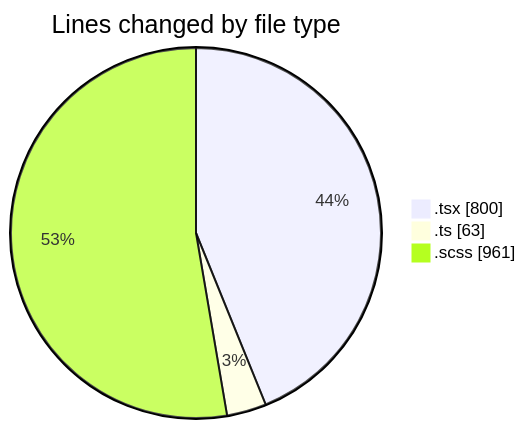
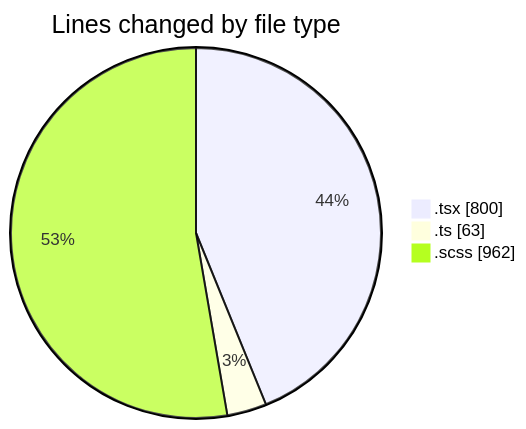
One commit to momahboobian/code-tracking changed the first of 2 diagrams in 2025-04-02/cda/README.md. Above: the diagram before and after it, drawn with Mermaid. The commit also changed other lines of this file and 1 other file, not shown here.

````diff
--- a/2025-04-02/cda/README.md
+++ b/2025-04-02/cda/README.md
@@ -26,7 +26,7 @@
 ```mermaid
 pie showData
 title Lines changed by file type
 ".tsx" : 800
 ".ts" : 63
-".scss" : 961
+".scss" : 962
 ```
````
